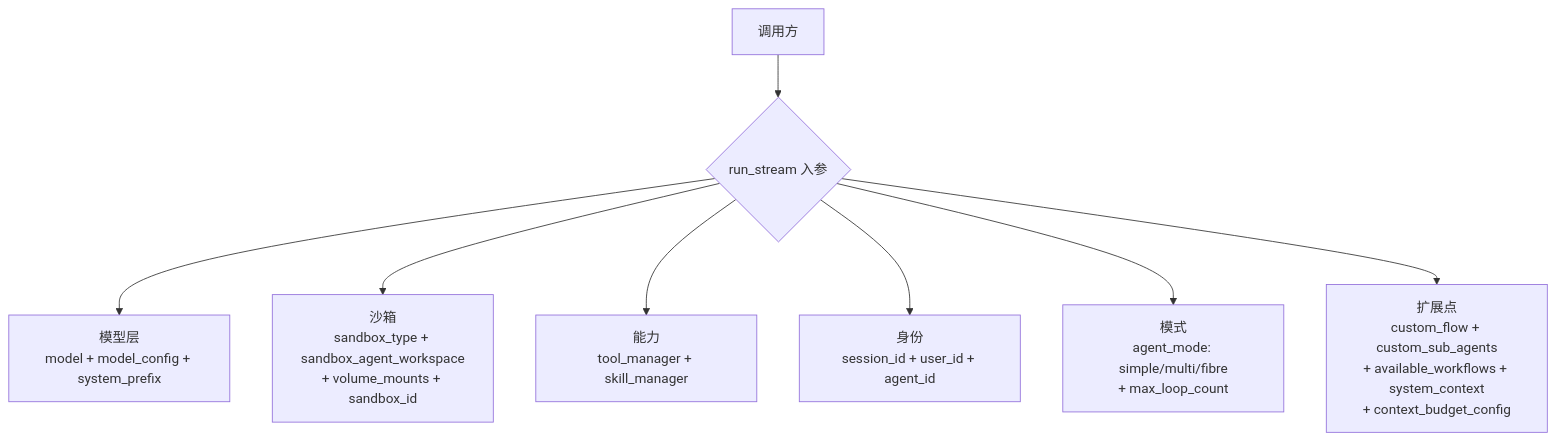
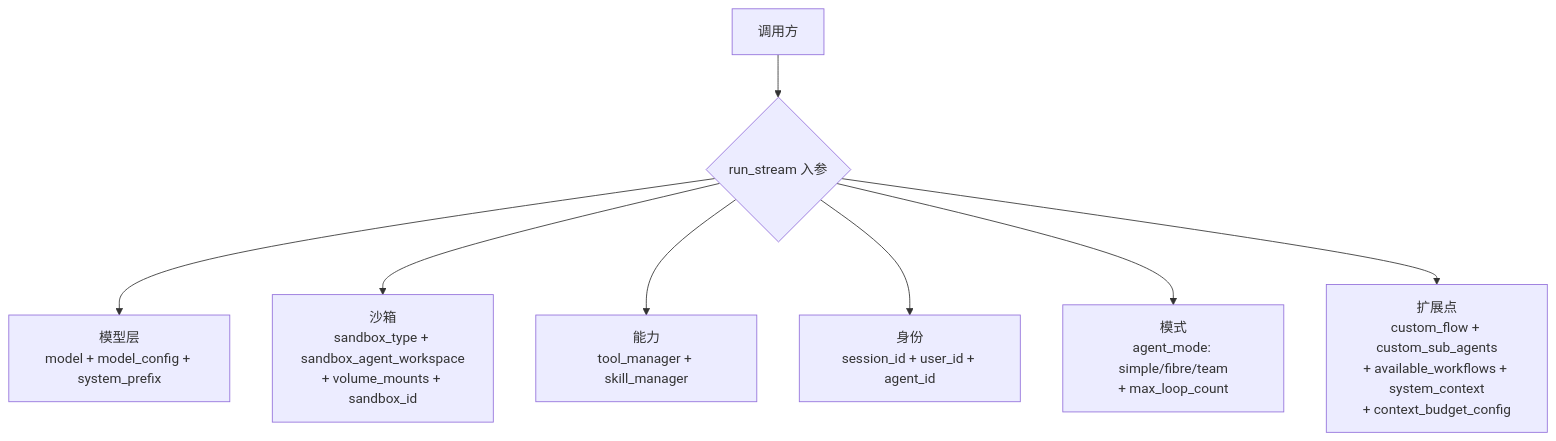
Before and after one commit to ZHangZHengEric/Sage: the fourth of 7 diagrams in docs/zh/architecture/ARCHITECTURE_SAGENTS_OVERVIEW.md, drawn with Mermaid. The commit also changed other lines of this file and 141 other files, not shown here.

First line of the commit message:
refactor: retire multi agent mode

````diff
--- a/docs/zh/architecture/ARCHITECTURE_SAGENTS_OVERVIEW.md
+++ b/docs/zh/architecture/ARCHITECTURE_SAGENTS_OVERVIEW.md
@@ -130,11 +130,11 @@
 ```mermaid
 flowchart TB
     Caller[调用方] --> Args{run_stream 入参}
 
     Args --> M[模型层<br/>model + model_config + system_prefix]
     Args --> SBX[沙箱<br/>sandbox_type + sandbox_agent_workspace<br/>+ volume_mounts + sandbox_id]
     Args --> CAP[能力<br/>tool_manager + skill_manager]
     Args --> ID[身份<br/>session_id + user_id + agent_id]
-    Args --> MODE[模式<br/>agent_mode: simple/multi/fibre<br/>+ max_loop_count]
+    Args --> MODE[模式<br/>agent_mode: simple/fibre/team<br/>+ max_loop_count]
     Args --> EXT[扩展点<br/>custom_flow + custom_sub_agents<br/>+ available_workflows + system_context<br/>+ context_budget_config]
 ```
````
